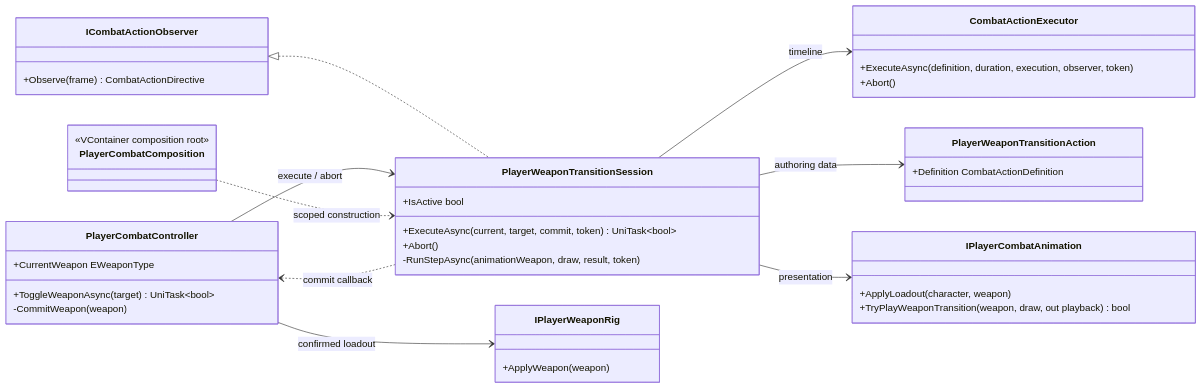
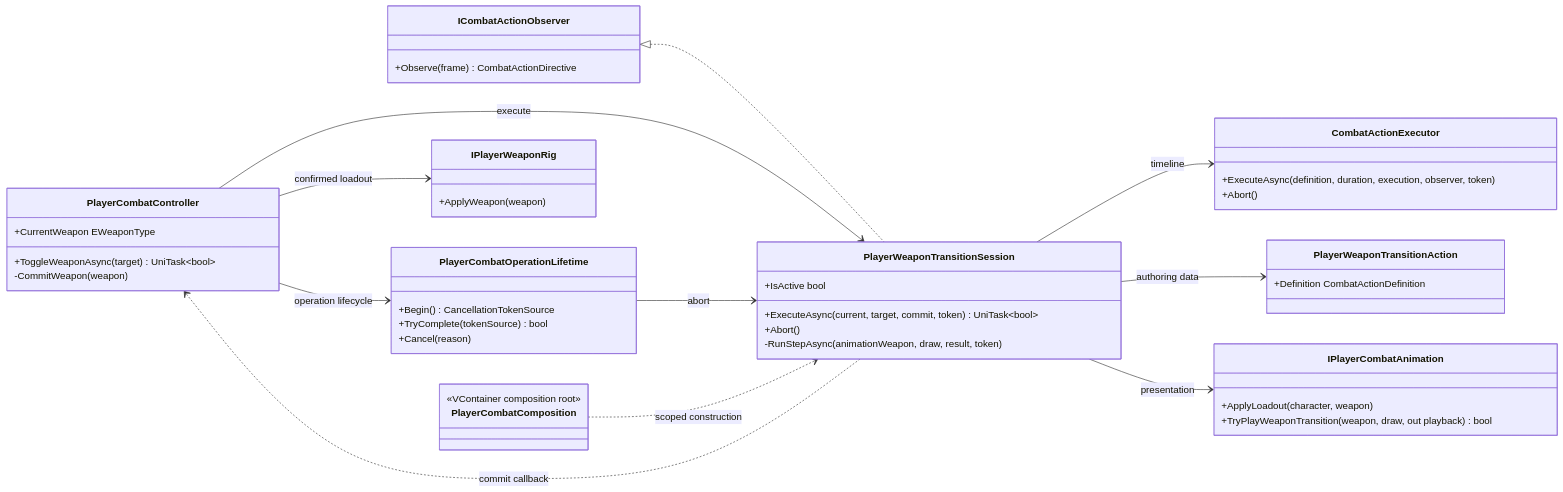
One commit to MaximFonariuc/project-s changed the first of 2 diagrams in Docs/Architecture/Combat.WeaponTransition.md. Above: the diagram before and after it, drawn with Mermaid. The commit also changed other lines of this file and 8 other files, not shown here.

Commit message:
refactor(combat): own operation cancellation lifetime

````diff
--- a/Docs/Architecture/Combat.WeaponTransition.md
+++ b/Docs/Architecture/Combat.WeaponTransition.md
@@ -15,45 +15,52 @@
 ```mermaid
 classDiagram
     direction LR
 
     class PlayerCombatController {
         +CurrentWeapon EWeaponType
         +ToggleWeaponAsync(target) UniTask~bool~
         -CommitWeapon(weapon)
     }
     class PlayerWeaponTransitionSession {
         +IsActive bool
         +ExecuteAsync(current, target, commit, token) UniTask~bool~
         +Abort()
         -RunStepAsync(animationWeapon, draw, result, token)
+    }
+    class PlayerCombatOperationLifetime {
+        +Begin() CancellationTokenSource
+        +TryComplete(tokenSource) bool
+        +Cancel(reason)
     }
     class ICombatActionObserver {
         +Observe(frame) CombatActionDirective
     }
     class CombatActionExecutor {
         +ExecuteAsync(definition, duration, execution, observer, token)
         +Abort()
     }
     class PlayerWeaponTransitionAction {
         +Definition CombatActionDefinition
     }
     class IPlayerCombatAnimation {
         +ApplyLoadout(character, weapon)
         +TryPlayWeaponTransition(weapon, draw, out playback) bool
     }
     class IPlayerWeaponRig {
         +ApplyWeapon(weapon)
     }
     class PlayerCombatComposition {
         <<VContainer composition root>>
     }
 
     ICombatActionObserver <|.. PlayerWeaponTransitionSession
-    PlayerCombatController --> PlayerWeaponTransitionSession : execute / abort
+    PlayerCombatController --> PlayerWeaponTransitionSession : execute
+    PlayerCombatController --> PlayerCombatOperationLifetime : operation lifecycle
+    PlayerCombatOperationLifetime --> PlayerWeaponTransitionSession : abort
     PlayerWeaponTransitionSession --> CombatActionExecutor : timeline
     PlayerWeaponTransitionSession --> PlayerWeaponTransitionAction : authoring data
     PlayerWeaponTransitionSession --> IPlayerCombatAnimation : presentation
     PlayerWeaponTransitionSession ..> PlayerCombatController : commit callback
     PlayerCombatController --> IPlayerWeaponRig : confirmed loadout
     PlayerCombatComposition ..> PlayerWeaponTransitionSession : scoped construction
 ```
````
